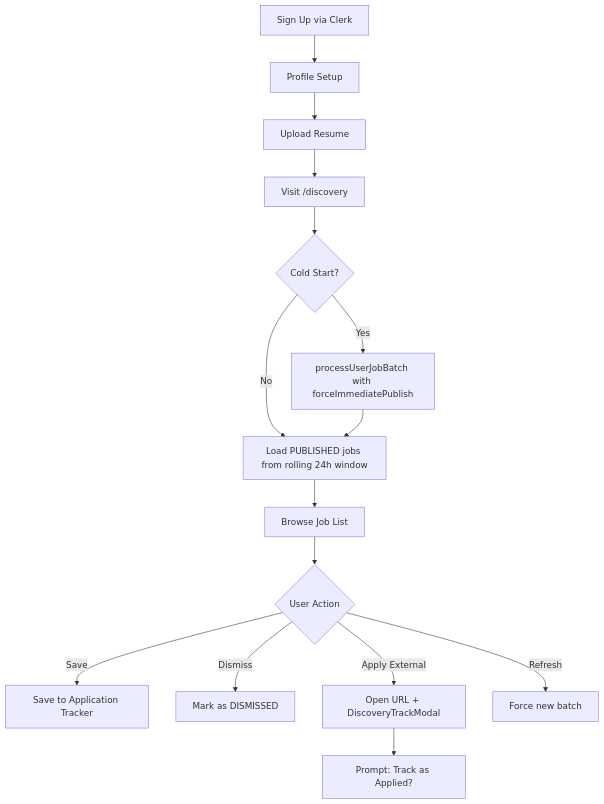
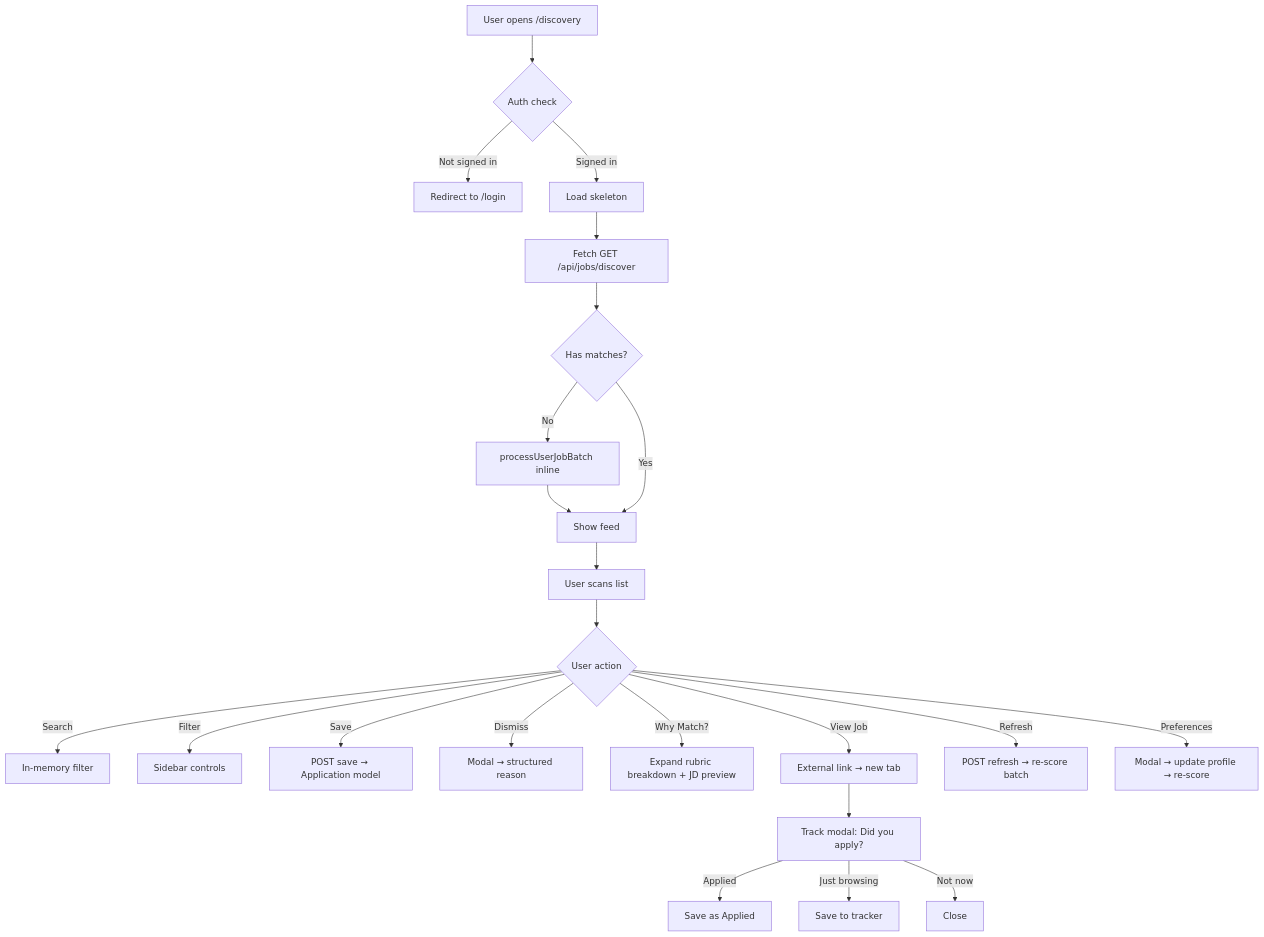
Before and after one commit to AH-Muzahid/job-tracker: the first of 3 diagrams in docs/JOB-DISCOVERY-AUDIT.md, drawn with Mermaid. The commit also changed other lines of this file and 55 other files, not shown here.

First line of the commit message:
feat(discovery): Two-Tier RecSys, Career Orchestrator State Machine & Agent Audit Feed

````diff
--- a/docs/JOB-DISCOVERY-AUDIT.md
+++ b/docs/JOB-DISCOVERY-AUDIT.md
@@ -97,17 +79,25 @@
 ```mermaid
 flowchart TD
-    A[Sign Up via Clerk] --> B[Profile Setup]
-    B --> C[Upload Resume]
-    C --> D[Visit /discovery]
-    D --> E{Cold Start?}
-    E -->|Yes| F[processUserJobBatch with forceImmediatePublish]
-    E -->|No| G[Load PUBLISHED jobs from rolling 24h window]
-    F --> G
-    G --> H[Browse Job List]
-    H --> I{User Action}
-    I -->|Save| J[Save to Application Tracker]
-    I -->|Dismiss| K[Mark as DISMISSED]
-    I -->|Apply External| L[Open URL + DiscoveryTrackModal]
-    I -->|Refresh| M[Force new batch]
-    L --> N[Prompt: Track as Applied?]
+    A[User opens /discovery] --> B{Auth check}
+    B -->|Not signed in| C[Redirect to /login]
+    B -->|Signed in| D[Load skeleton]
+    D --> E[Fetch GET /api/jobs/discover]
+    E --> F{Has matches?}
+    F -->|No| G[processUserJobBatch inline]
+    G --> H[Show feed]
+    F -->|Yes| H
+    H --> I[User scans list]
+    I --> J{User action}
+    J -->|Search| K[In-memory filter]
+    J -->|Filter| L[Sidebar controls]
+    J -->|Save| M[POST save → Application model]
+    J -->|Dismiss| N[Modal → structured reason]
+    J -->|Why Match?| O[Expand rubric breakdown + JD preview]
+    J -->|View Job| P[External link → new tab]
+    P --> Q[Track modal: Did you apply?]
+    Q -->|Applied| R[Save as Applied]
+    Q -->|Just browsing| S[Save to tracker]
+    Q -->|Not now| T[Close]
+    J -->|Refresh| U[POST refresh → re-score batch]
+    J -->|Preferences| V[Modal → update profile → re-score]
 ```
````
